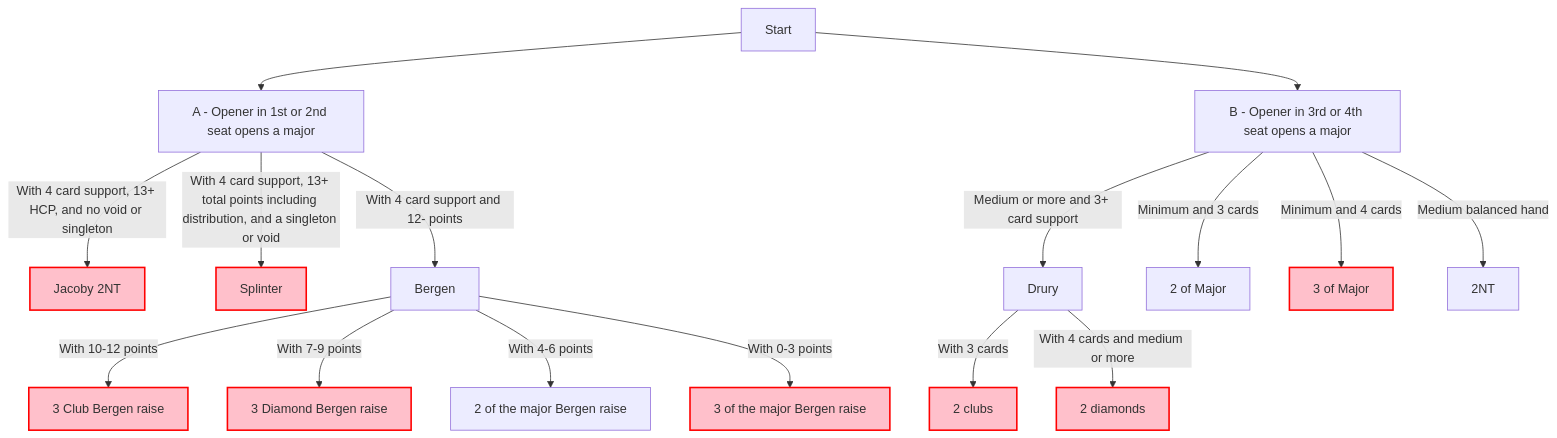
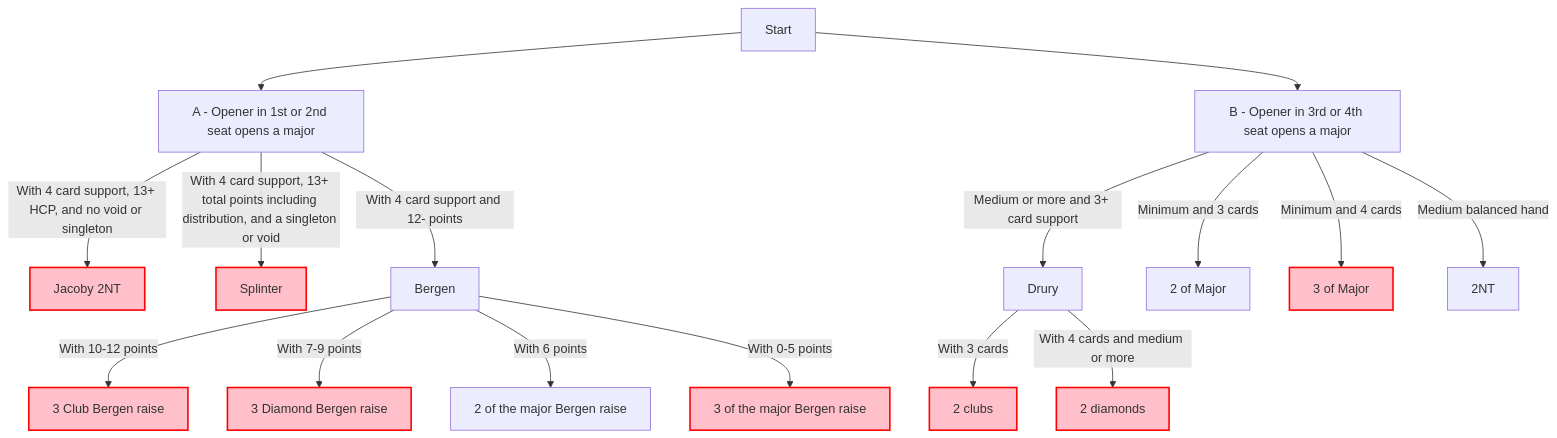
The diagram in MajorRaises.md (stephen-vakil/BridgeConventions), drawn with Mermaid before and after one commit.

Commit message:
Bergen tweaks

````diff
--- a/MajorRaises.md
+++ b/MajorRaises.md
@@ -37,24 +37,24 @@
 ```mermaid
 
 graph TD
     A[Start] -->B1[A - Opener in 1st or 2nd seat opens a major]
     A[Start] -->3rdseat[B - Opener in 3rd or 4th seat opens a major]
 
     B1 -->|With 4 card support, 13+ HCP, and no void or singleton| Jacoby[Jacoby 2NT]:::alerted
     B1 -->|With 4 card support, 13+ total points including distribution, and a singleton or void| Splinter[Splinter]:::alerted
     B1 -->|With 4 card support and 12- points| Bergen[Bergen]
 
     Bergen -->|With 10-12 points| D1[3 Club Bergen raise]:::alerted
     Bergen -->|With 7-9 points| D2[3 Diamond Bergen raise]:::alerted
-    Bergen -->|With 4-6 points| D3[2 of the major Bergen raise]
-    Bergen -->|With 0-3 points| D4[3 of the major Bergen raise]:::alerted
+    Bergen -->|With 6 points| D3[2 of the major Bergen raise]
+    Bergen -->|With 0-5 points| D4[3 of the major Bergen raise]:::alerted
 
     3rdseat -->|Medium or more and 3+ card support| Drury[Drury]
     Drury -->|With 3 cards| E1[2 clubs]:::alerted
     Drury -->|With 4 cards and medium or more| E2[2 diamonds]:::alerted
     3rdseat -->|Minimum and 3 cards| E3[2 of Major]
     3rdseat -->|Minimum and 4 cards| E4[3 of Major]:::alerted
     3rdseat -->|Medium balanced hand| E5[2NT]
 
     classDef alerted fill:#FFC0CB,stroke:#ff0000,stroke-width:2px;
 ```
````
